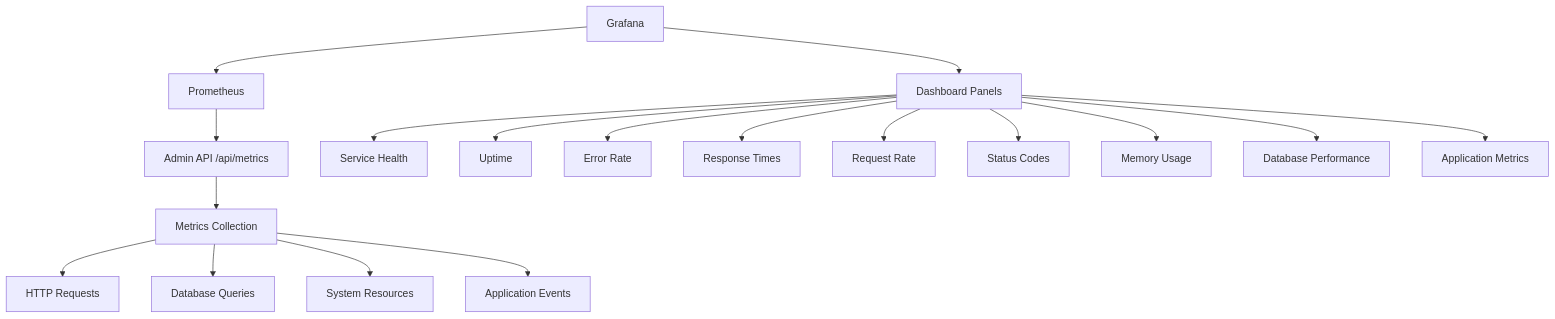
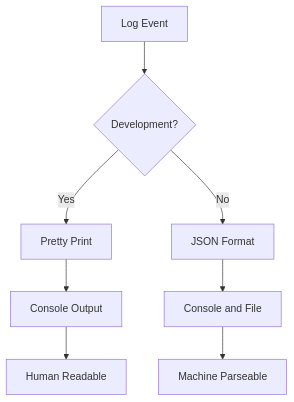
One commit to GurthBro0ks/slimy-monorepo changed the eighth of 11 diagrams in .qoder/repowiki/en/content/Monitoring and Observability/Monitoring and Observability.md. Above: the diagram before and after it, drawn with Mermaid. The commit also changed other lines of this file and 87 other files, not shown here.

First line of the commit message:
docs(api): add comprehensive API endpoints documentation for admin-api service

````diff
--- a/.qoder/repowiki/en/content/Monitoring and Observability/Monitoring and Observability.md
+++ b/.qoder/repowiki/en/content/Monitoring and Observability/Monitoring and Observability.md
@@ -198,20 +323,10 @@
 ```mermaid
-graph TB
-A[Grafana] --> B[Prometheus]
-B --> C[Admin API /api/metrics]
-C --> D[Metrics Collection]
-D --> E[HTTP Requests]
-D --> F[Database Queries]
-D --> G[System Resources]
-D --> H[Application Events]
-A --> I[Dashboard Panels]
-I --> J[Service Health]
-I --> K[Uptime]
-I --> L[Error Rate]
-I --> M[Response Times]
-I --> N[Request Rate]
-I --> O[Status Codes]
-I --> P[Memory Usage]
-I --> Q[Database Performance]
-I --> R[Application Metrics]
+flowchart TD
+A[Log Event] --> B{Development?}
+B --> |Yes| C[Pretty Print]
+C --> D[Console Output]
+B --> |No| E[JSON Format]
+E --> F[Console and File]
+D --> G[Human Readable]
+F --> H[Machine Parseable]
 ```
````
